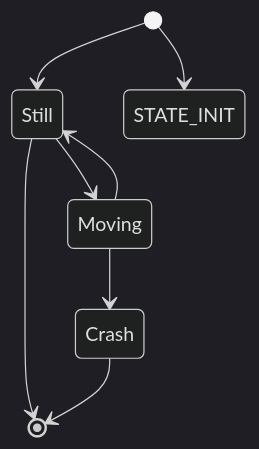
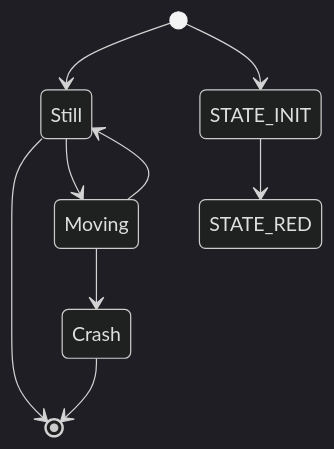
The diagram in all/Mapa de Estado.md (AngelMzno/iodraw-files), drawn with Mermaid (dark theme) before and after one commit.

Commit message:
2024-09-03 19:35:08 update

````diff
--- a/all/Mapa de Estado.md
+++ b/all/Mapa de Estado.md
@@ -1,14 +1,15 @@
 ```mermaid
 stateDiagram-v2
     [*] --> Still
     Still --> [*]
     Still --> Moving
     Moving --> Still
     Moving --> Crash
     Crash --> [*]
 
 [*]-->STATE_INIT
-STATE_INIT
+STATE_INIT --> STATE_RED
+
 
 
 ```
````
